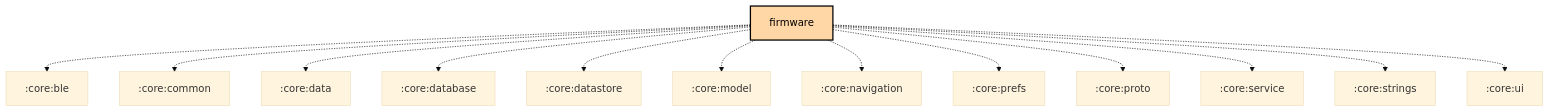
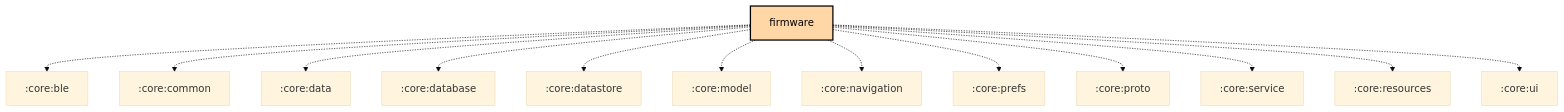
Before and after one commit to meshtastic/Meshtastic-Android: the first of 4 diagrams in feature/firmware/README.md, drawn with Mermaid (base theme). The commit also changed 321 other files, not shown here.

````diff
--- a/feature/firmware/README.md
+++ b/feature/firmware/README.md
@@ -6,27 +6,27 @@
 ```mermaid
 graph TB
   :feature:firmware[firmware]:::android-feature
   :feature:firmware -.-> :core:ble
   :feature:firmware -.-> :core:common
   :feature:firmware -.-> :core:data
   :feature:firmware -.-> :core:database
   :feature:firmware -.-> :core:datastore
   :feature:firmware -.-> :core:model
   :feature:firmware -.-> :core:navigation
   :feature:firmware -.-> :core:prefs
   :feature:firmware -.-> :core:proto
   :feature:firmware -.-> :core:service
-  :feature:firmware -.-> :core:strings
+  :feature:firmware -.-> :core:resources
   :feature:firmware -.-> :core:ui
 
 classDef android-application fill:#CAFFBF,stroke:#000,stroke-width:2px,color:#000;
 classDef android-application-compose fill:#CAFFBF,stroke:#000,stroke-width:2px,color:#000;
 classDef android-feature fill:#FFD6A5,stroke:#000,stroke-width:2px,color:#000;
 classDef android-library fill:#9BF6FF,stroke:#000,stroke-width:2px,color:#000;
 classDef android-library-compose fill:#9BF6FF,stroke:#000,stroke-width:2px,color:#000;
 classDef android-test fill:#A0C4FF,stroke:#000,stroke-width:2px,color:#000;
 classDef jvm-library fill:#BDB2FF,stroke:#000,stroke-width:2px,color:#000;
 classDef kmp-library fill:#FFC1CC,stroke:#000,stroke-width:2px,color:#000;
 classDef unknown fill:#FFADAD,stroke:#000,stroke-width:2px,color:#000;
 
 ```
````
